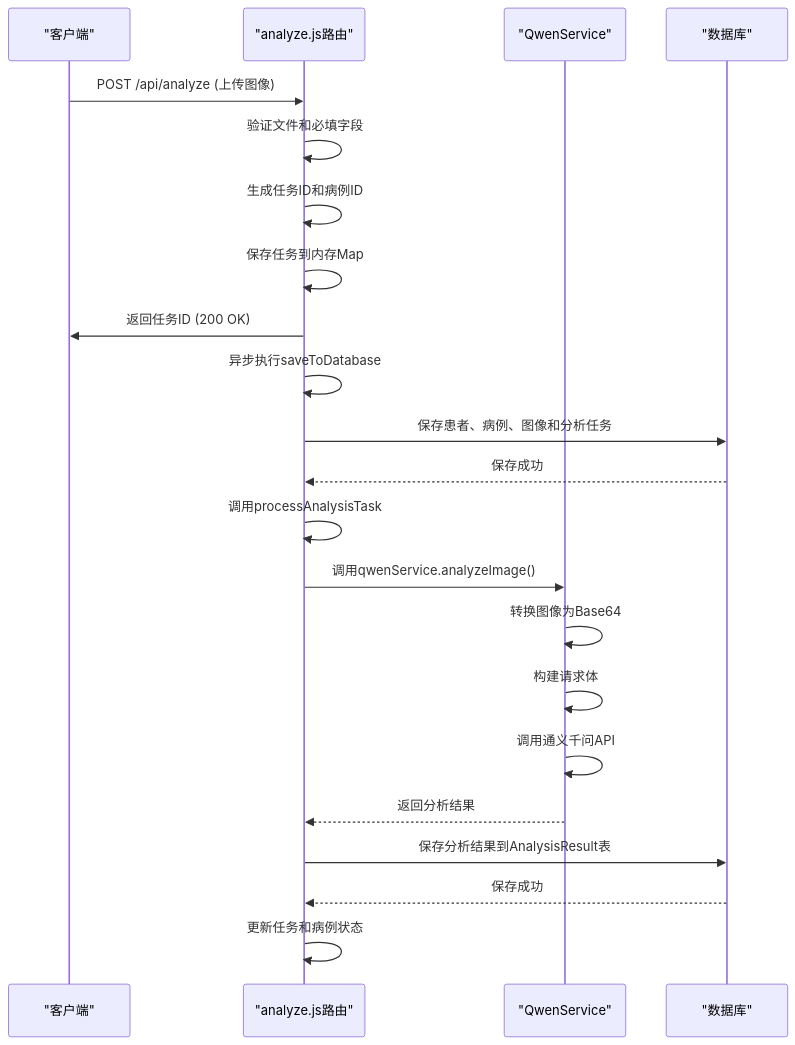
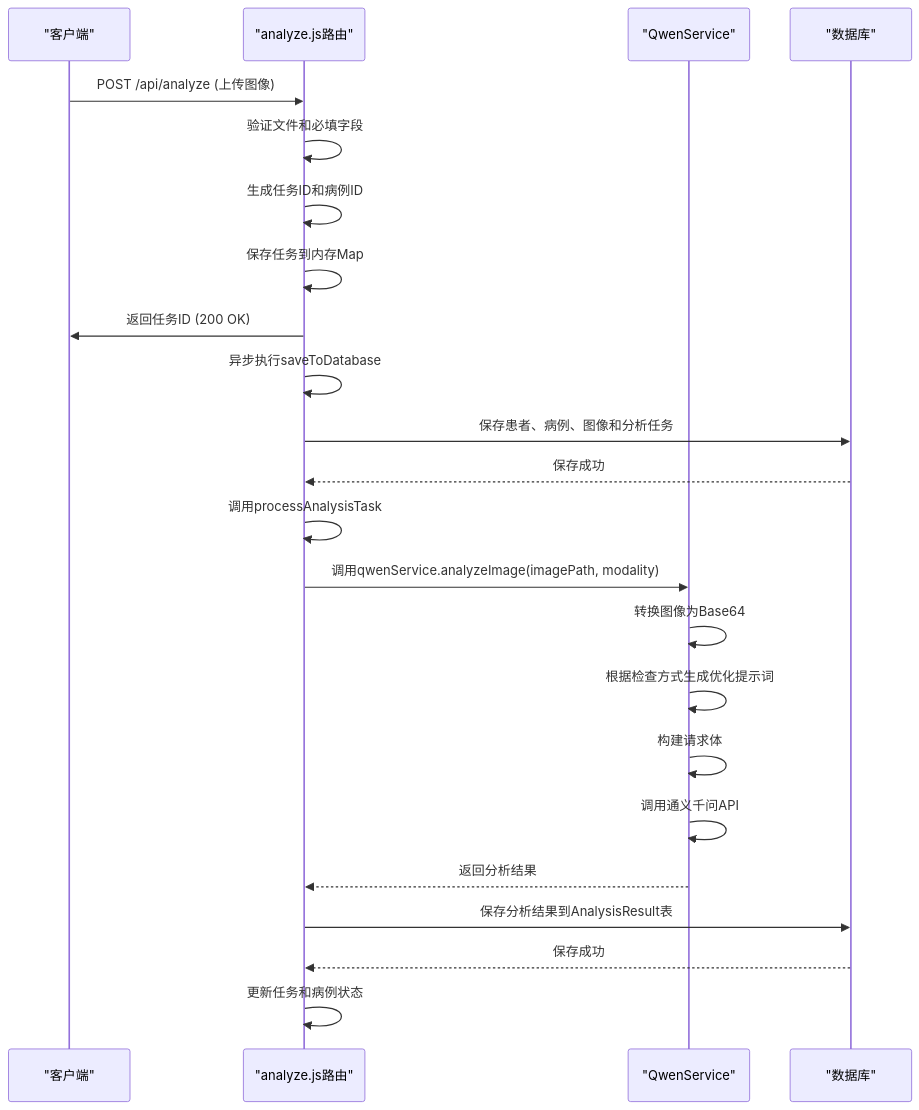
The fifth of 6 diagrams in wiki/后端架构/业务逻辑层/AI分析服务.md (xingranya/CervixDetectAI), drawn with Mermaid before and after one commit. The commit also changed other lines of this file, not shown here.

First line of the commit message:
feat(ai-service): 新增根据检查方式生成优化提示词功能

````diff
--- a/wiki/后端架构/业务逻辑层/AI分析服务.md
+++ b/wiki/后端架构/业务逻辑层/AI分析服务.md
@@ -144,24 +355,25 @@
 ```mermaid
 sequenceDiagram
 participant Client as "客户端"
 participant Router as "analyze.js路由"
 participant Service as "QwenService"
 participant DB as "数据库"
 Client->>Router : POST /api/analyze (上传图像)
 Router->>Router : 验证文件和必填字段
 Router->>Router : 生成任务ID和病例ID
 Router->>Router : 保存任务到内存Map
 Router->>Client : 返回任务ID (200 OK)
 Router->>Router : 异步执行saveToDatabase
 Router->>DB : 保存患者、病例、图像和分析任务
 DB-->>Router : 保存成功
 Router->>Router : 调用processAnalysisTask
-Router->>Service : 调用qwenService.analyzeImage()
+Router->>Service : 调用qwenService.analyzeImage(imagePath, modality)
 Service->>Service : 转换图像为Base64
+Service->>Service : 根据检查方式生成优化提示词
 Service->>Service : 构建请求体
 Service->>Service : 调用通义千问API
 Service-->>Router : 返回分析结果
 Router->>DB : 保存分析结果到AnalysisResult表
 DB-->>Router : 保存成功
 Router->>Router : 更新任务和病例状态
 ```
````
